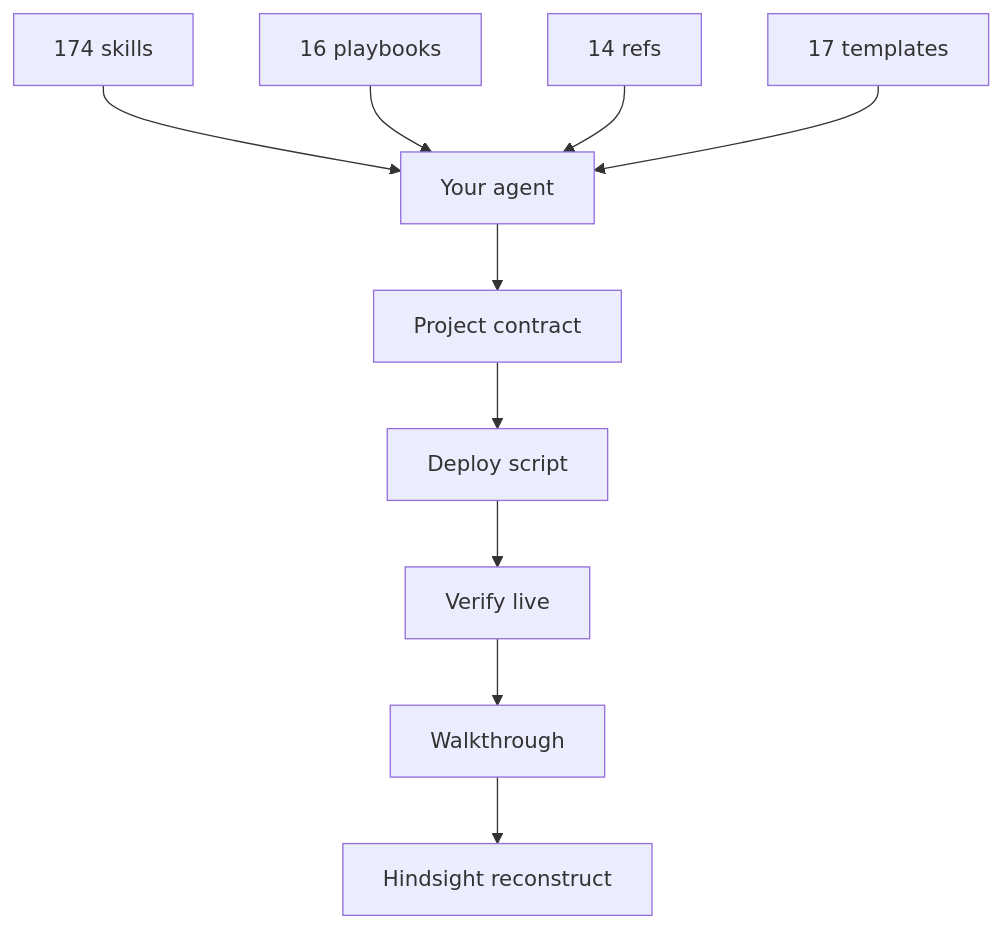
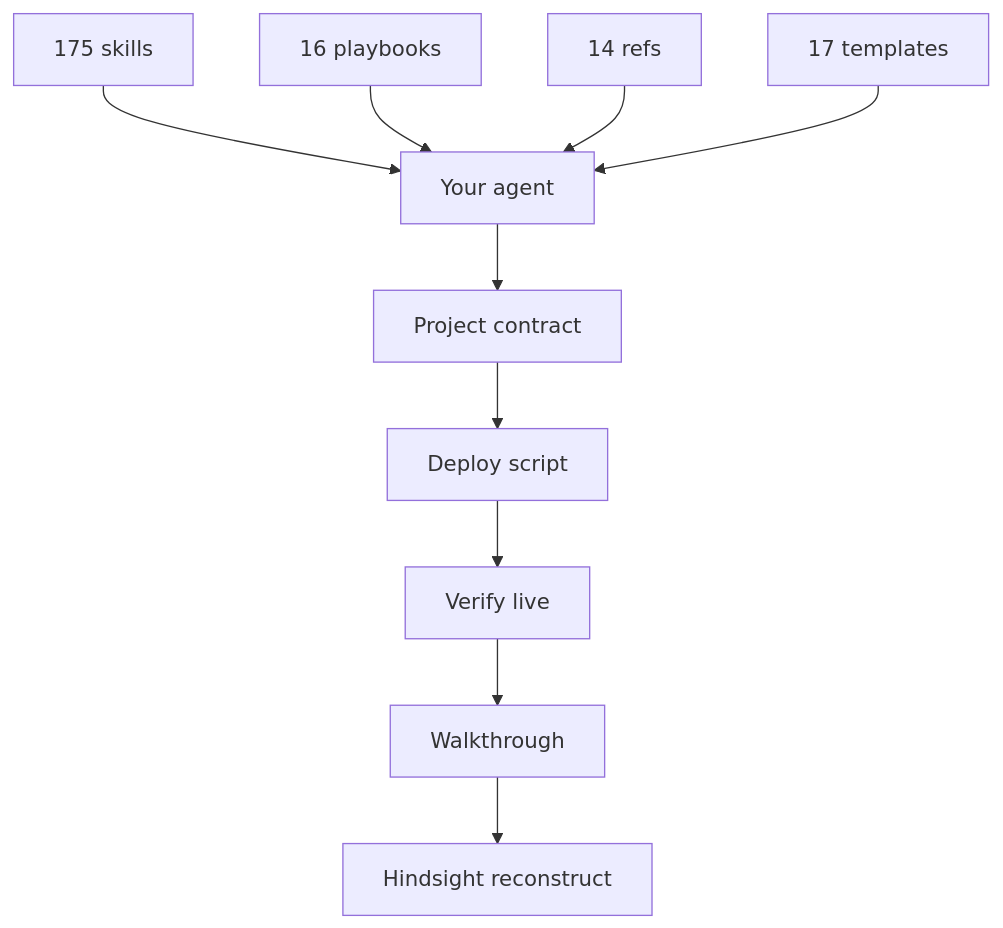
Before and after one commit to Nonarkara/dr-non-vibecoding-skills: the third of 3 diagrams in README.md, drawn with Mermaid. The commit also changed other lines of this file and 17 other files, not shown here.

````diff
--- a/README.md
+++ b/README.md
@@ -450,12 +450,12 @@
 ```mermaid
 flowchart TB
-  S["174 skills"] --> A["Your agent"]
+  S["175 skills"] --> A["Your agent"]
   P["16 playbooks"] --> A
   R["14 refs"] --> A
   T["17 templates"] --> A
   A --> W["Project contract"]
   W --> D["Deploy script"]
   D --> V["Verify live"]
   V --> H["Walkthrough"]
   H --> L["Hindsight reconstruct"]
 ```
````
